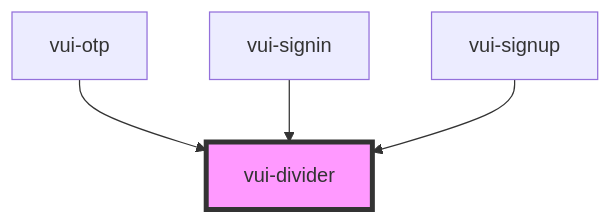
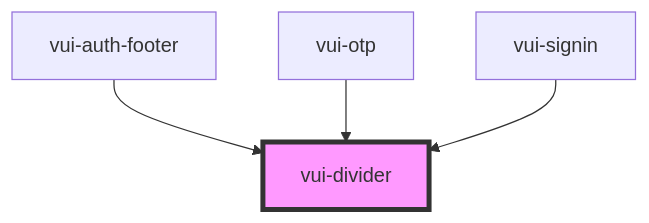
The diagram in packages/stencil-library/src/components/divider/readme.md (verite-team/verite-elements), drawn with Mermaid before and after one commit. The commit also changed other lines of this file and 28 other files, not shown here.

````diff
--- a/packages/stencil-library/src/components/divider/readme.md
+++ b/packages/stencil-library/src/components/divider/readme.md
@@ -29,7 +29,7 @@
 ```mermaid
 graph TD;
+  vui-auth-footer --> vui-divider
   vui-otp --> vui-divider
   vui-signin --> vui-divider
-  vui-signup --> vui-divider
   style vui-divider fill:#f9f,stroke:#333,stroke-width:4px
 ```
````
